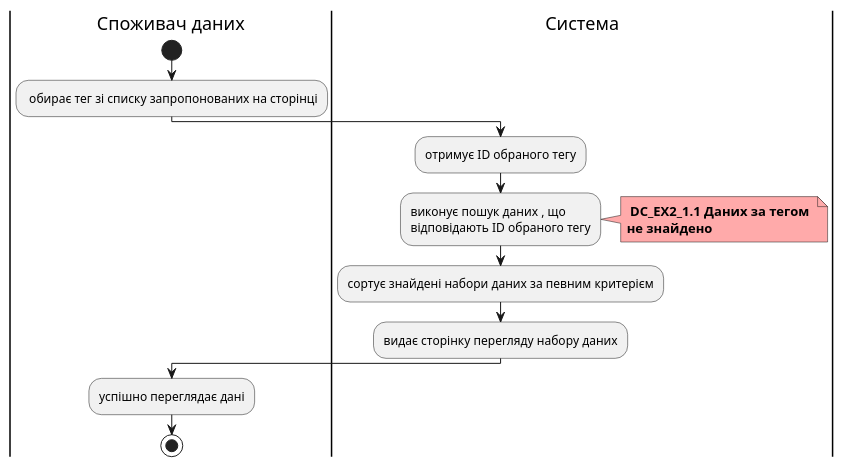
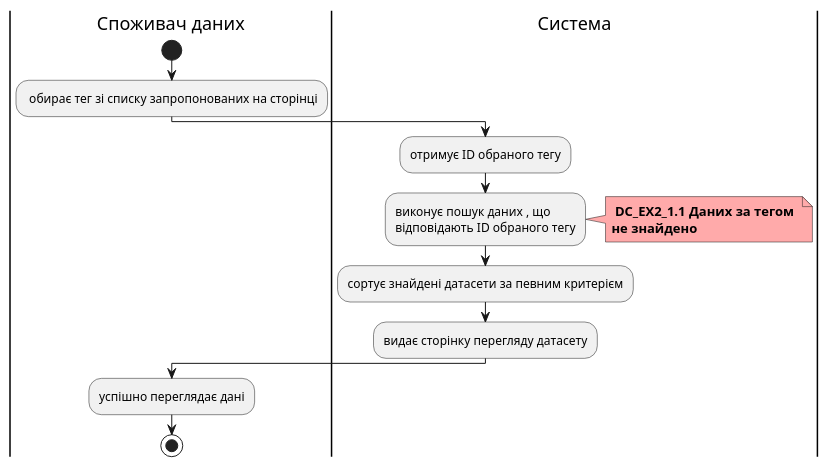
One commit to boldak/edu-db-cw changed the third of 5 diagrams in docs/use cases/DataConsumer.md. Above: the diagram before and after it, drawn with PlantUML. The commit also changed other lines of this file and 2 other files, not shown here.

Commit message:
files added to main readme file, all diagrams together, diagrams arrows fixed

```diff
--- a/docs/use cases/DataConsumer.md
+++ b/docs/use cases/DataConsumer.md
@@ -129,21 +121,21 @@
 @startuml
 
 
     |Споживач даних|
         start
         : обирає тег зі списку запропонованих на сторінці;
     |Система|
         :отримує ID обраного тегу;
         :виконує пошук даних , що
         відповідають ID обраного тегу;
         note right #ffaaaa
         <b> DС_EX2_1.1 Даних за тегом 
         <b>не знайдено
         end note
-        :сортує знайдені набори даних за певним критерієм;
-        :видає сторінку перегляду набору даних;
+        :сортує знайдені датасети за певним критерієм;
+        :видає сторінку перегляду датасету;
     |Споживач даних|
         :успішно переглядає дані;
         stop;
 
 @enduml
```
